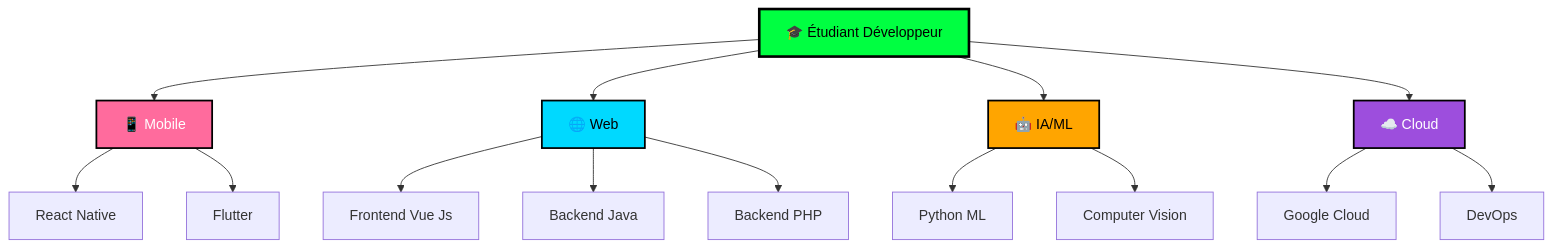
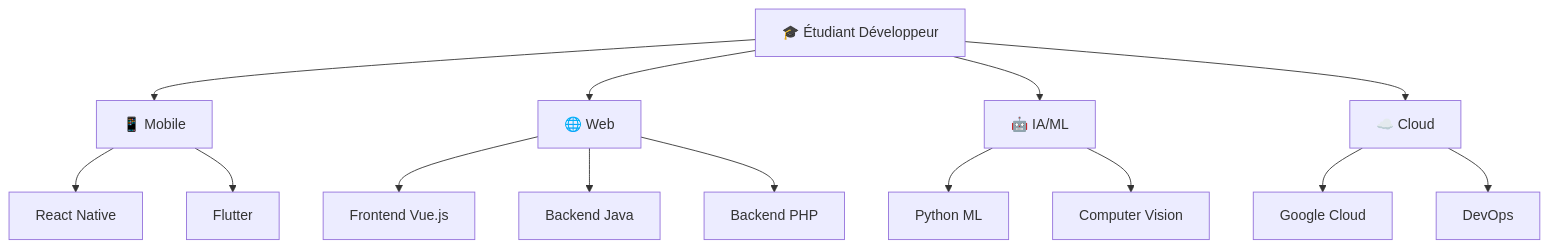
Before and after one commit to antsamadagascar/antsamadagascar: the diagram in README.md, drawn with Mermaid. The commit also changed other lines of this file, not shown here.

````diff
--- a/README.md
+++ b/README.md
@@ -507,26 +182,20 @@
 ```mermaid
 graph TB
     A[🎓 Étudiant Développeur] --> B[📱 Mobile]
     A --> C[🌐 Web]
     A --> D[🤖 IA/ML]
     A --> E[☁️ Cloud]
-    
+
     B --> B1[React Native]
     B --> B2[Flutter]
-    
-    C --> C1[Frontend Vue Js]
+
+    C --> C1[Frontend Vue.js]
     C --> C2[Backend Java]
     C --> C3[Backend PHP]
-    
+
     D --> D1[Python ML]
     D --> D2[Computer Vision]
-    
+
     E --> E1[Google Cloud]
     E --> E2[DevOps]
-    
-    style A fill:#00ff41,stroke:#000,stroke-width:3px,color:#000
-    style B fill:#ff6b9d,stroke:#000,stroke-width:2px,color:#fff
-    style C fill:#00d9ff,stroke:#000,stroke-width:2px,color:#000
-    style D fill:#ffa500,stroke:#000,stroke-width:2px,color:#000
-    style E fill:#9d4edd,stroke:#000,stroke-width:2px,color:#fff
 ```
````
